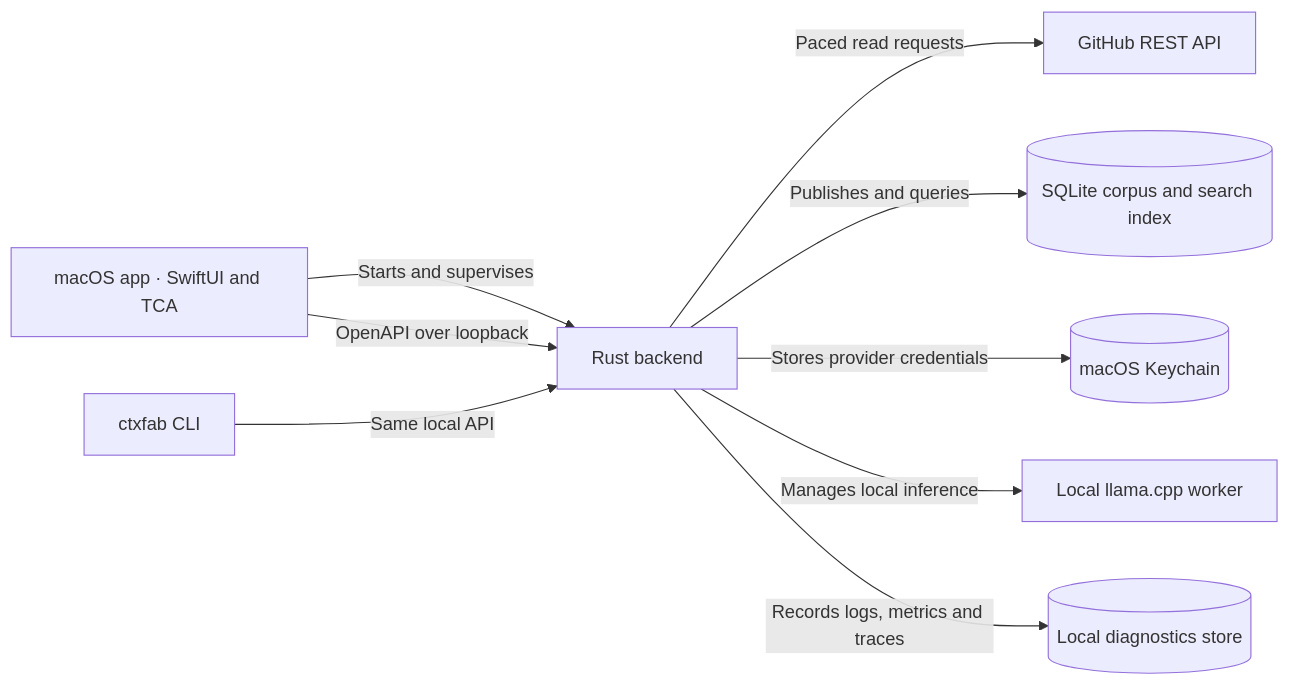
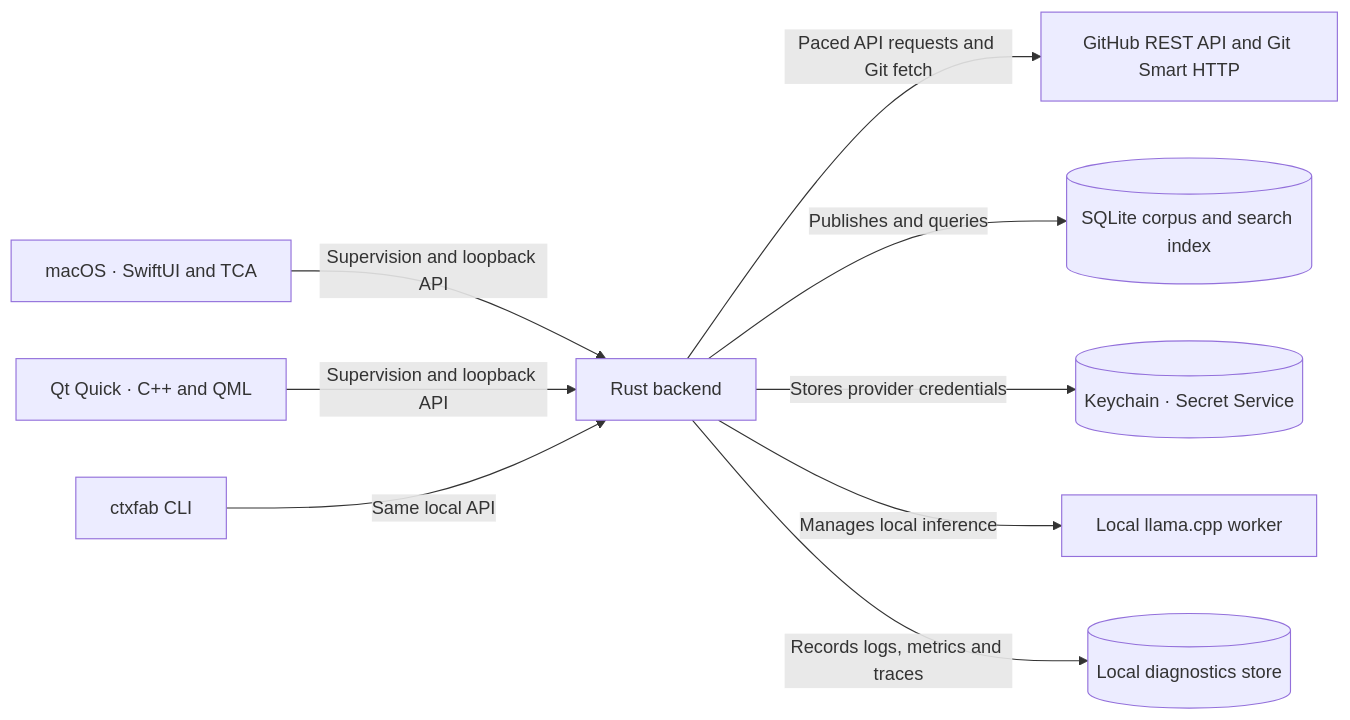
The diagram in ARCHITECTURE.md (OpenClaudeAgent/context-fabricator), drawn with Mermaid before and after one commit. The commit also changed other lines of this file and 795 other files, not shown here.

````diff
--- a/ARCHITECTURE.md
+++ b/ARCHITECTURE.md
@@ -7,20 +7,21 @@
 ```mermaid
 flowchart LR
-    Desktop["macOS app · SwiftUI and TCA"]
+    Mac["macOS · SwiftUI and TCA"]
+    Qt["Qt Quick · C++ and QML"]
     CLI["ctxfab CLI"]
     Backend["Rust backend"]
-    GitHub["GitHub REST API"]
+    GitHub["GitHub REST API and Git Smart HTTP"]
     Corpus[("SQLite corpus and search index")]
-    Keychain[("macOS Keychain")]
+    Credentials[("Keychain · Secret Service")]
     Worker["Local llama.cpp worker"]
     Telemetry[("Local diagnostics store")]
 
-    Desktop -->|Starts and supervises| Backend
-    Desktop -->|OpenAPI over loopback| Backend
+    Mac -->|Supervision and loopback API| Backend
+    Qt -->|Supervision and loopback API| Backend
     CLI -->|Same local API| Backend
-    Backend -->|Paced read requests| GitHub
+    Backend -->|Paced API requests and Git fetch| GitHub
     Backend -->|Publishes and queries| Corpus
-    Backend -->|Stores provider credentials| Keychain
+    Backend -->|Stores provider credentials| Credentials
     Backend -->|Manages local inference| Worker
     Backend -->|Records logs, metrics and traces| Telemetry
 ```
````
